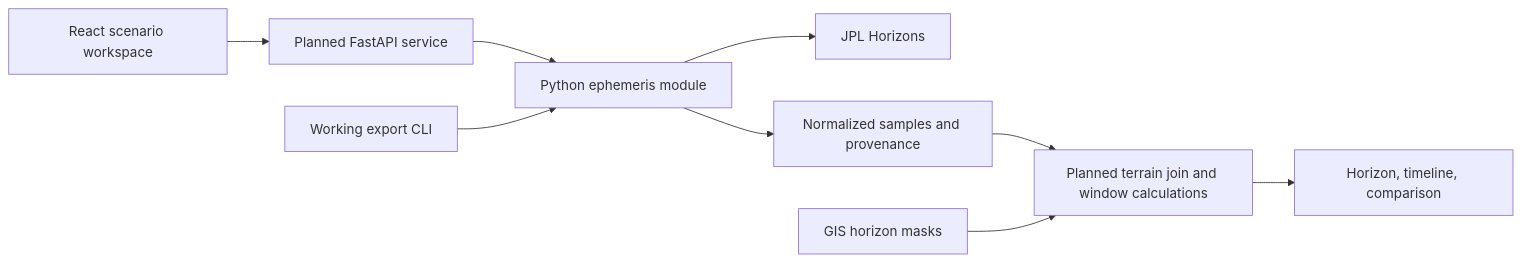
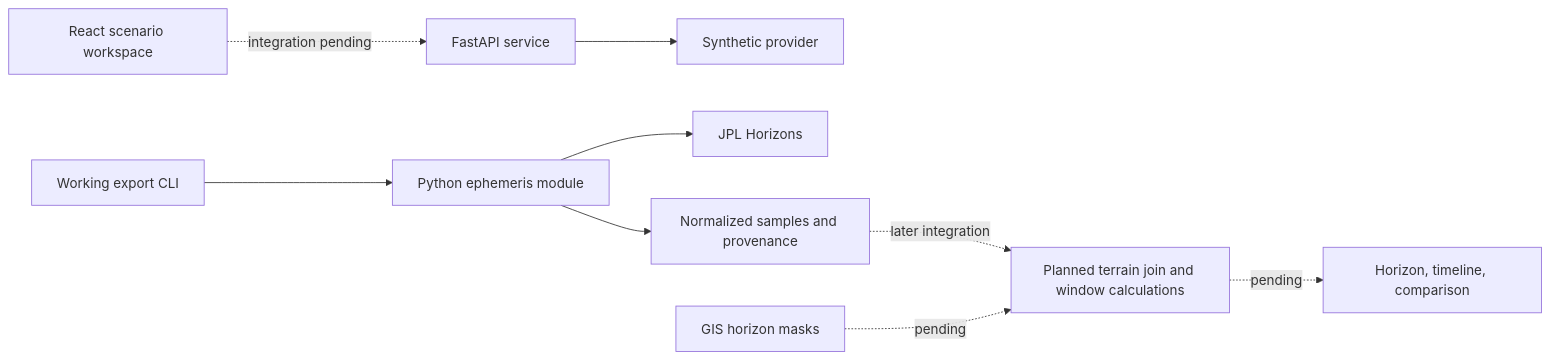
Before and after one commit to mihaicostache1/nasa-space-apps: the diagram in docs/architecture.md, drawn with Mermaid. The commit also changed other lines of this file and 16 other files, not shown here.

Commit message:
feat: add FastAPI backend skeleton with synthetic data

````diff
--- a/docs/architecture.md
+++ b/docs/architecture.md
@@ -31,11 +34,11 @@
 ```mermaid
 flowchart LR
-  UI[React scenario workspace] --> API[Planned FastAPI service]
-  API --> Provider[Python ephemeris module]
-  CLI[Working export CLI] --> Provider
+  UI[React scenario workspace] -. integration pending .-> API[FastAPI service]
+  API --> Demo[Synthetic provider]
+  CLI[Working export CLI] --> Provider[Python ephemeris module]
   Provider --> Horizons[JPL Horizons]
   Provider --> Data[Normalized samples and provenance]
-  Data --> Domain[Planned terrain join and window calculations]
-  GIS[GIS horizon masks] --> Domain
-  Domain --> Views[Horizon, timeline, comparison]
+  Data -. later integration .-> Domain[Planned terrain join and window calculations]
+  GIS[GIS horizon masks] -. pending .-> Domain
+  Domain -. pending .-> Views[Horizon, timeline, comparison]
 ```
````
